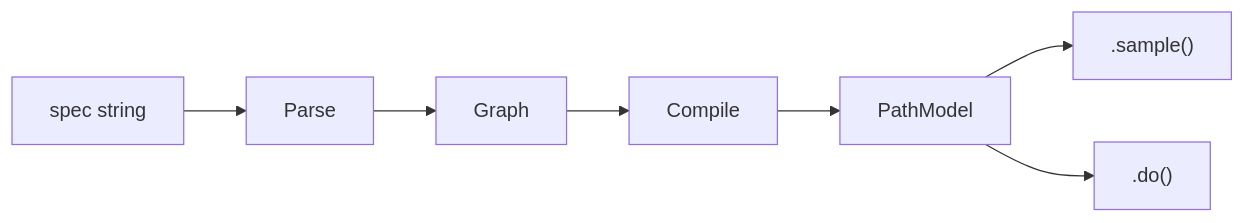
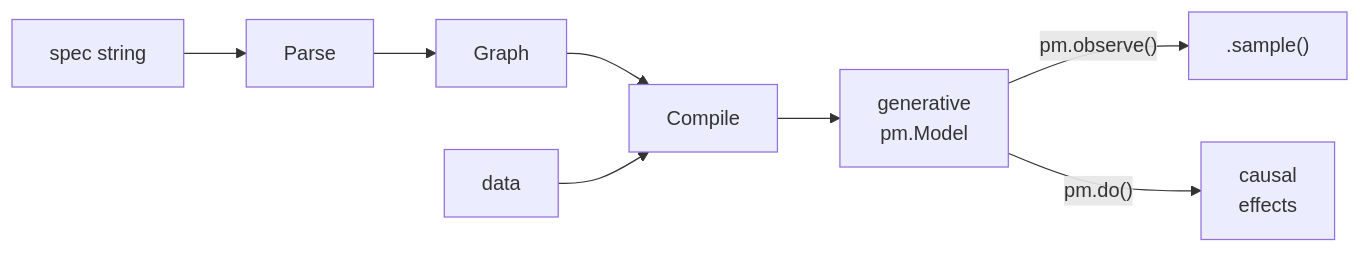
Before and after one commit to pymc-labs/pathmc: the second of 3 diagrams in docs/how-it-works.qmd, drawn with Mermaid. The commit also changed other lines of this file, not shown here.

````diff
--- a/docs/how-it-works.qmd
+++ b/docs/how-it-works.qmd
@@ -47,9 +47,10 @@
 ```{mermaid}
 flowchart LR
-    A["spec string"] --> B["Parse"]
-    B --> C["Graph"]
-    C --> D["Compile"]
-    D --> E["PathModel"]
-    E --> F[".sample()"]
-    E --> G[".do()"]
+    spec["spec string"] --> Parse
+    Parse --> Graph
+    Graph --> Compile
+    data["data"] --> Compile
+    Compile --> gen["generative<br/>pm.Model"]
+    gen -->|"pm.observe()"| sample[".sample()"]
+    gen -->|"pm.do()"| do["causal<br/>effects"]
 ```
````
